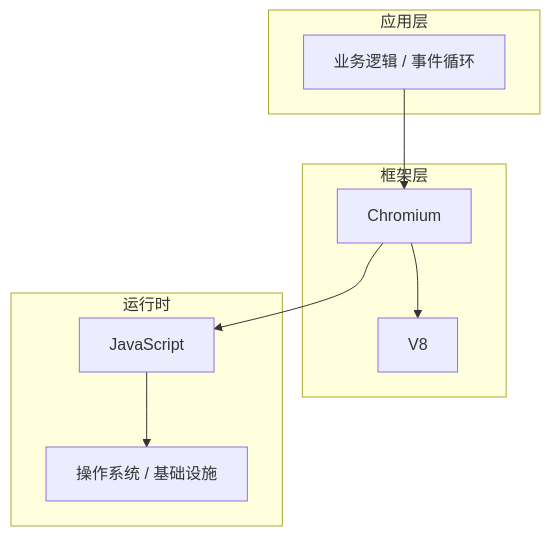
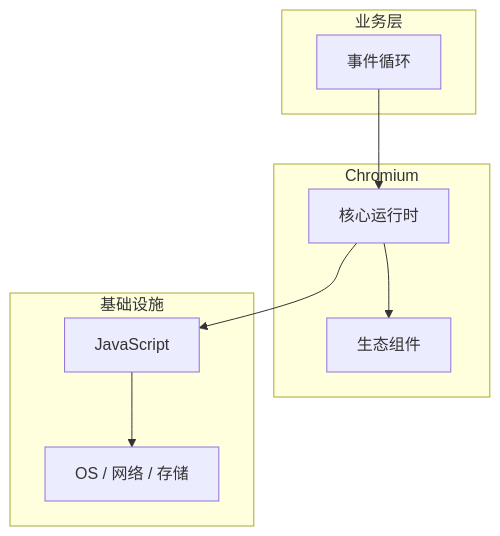
One commit to yanggan2015/knowledge-json-v2 changed the diagram in articles/浏览器原理/chapters/043-事件循环核心概念与原理.md. Above: the diagram before and after it, drawn with Mermaid. The commit also changed other lines of this file and 10127 other files, not shown here.

````diff
--- a/articles/浏览器原理/chapters/043-事件循环核心概念与原理.md
+++ b/articles/浏览器原理/chapters/043-事件循环核心概念与原理.md
@@ -45,18 +34,18 @@
 ```mermaid
 graph TB
-    subgraph 应用层
-        A[业务逻辑 / 事件循环]
+    subgraph 业务层
+        A[事件循环]
     end
-    subgraph 框架层
-        B[Chromium]
-        C[V8]
+    subgraph Chromium
+        B[核心运行时]
+        C[生态组件]
     end
-    subgraph 运行时
+    subgraph 基础设施
         D[JavaScript]
-        E[操作系统 / 基础设施]
+        E[OS / 网络 / 存储]
     end
     A --> B
     B --> C
     B --> D
     D --> E
 ```
````
